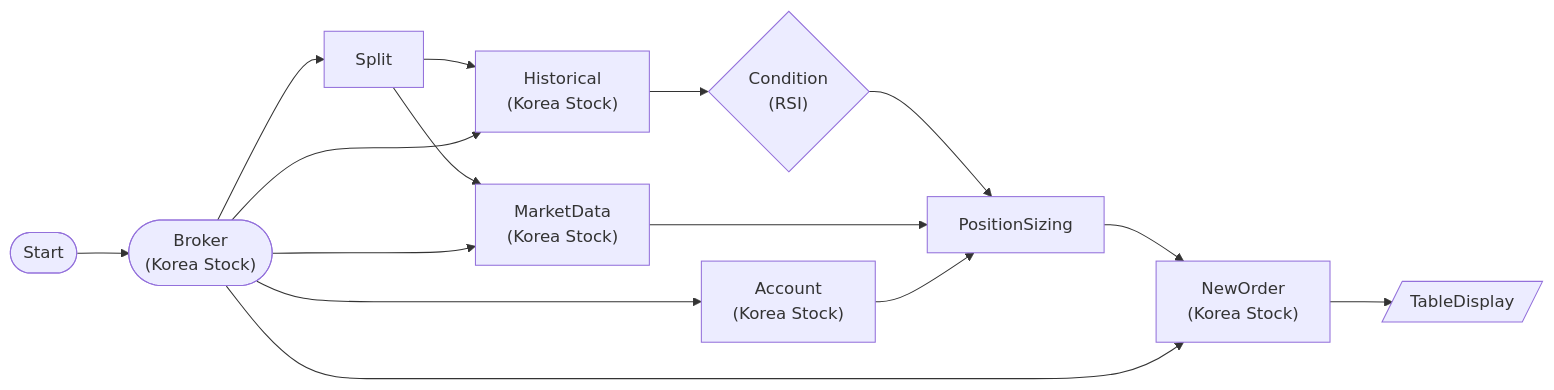
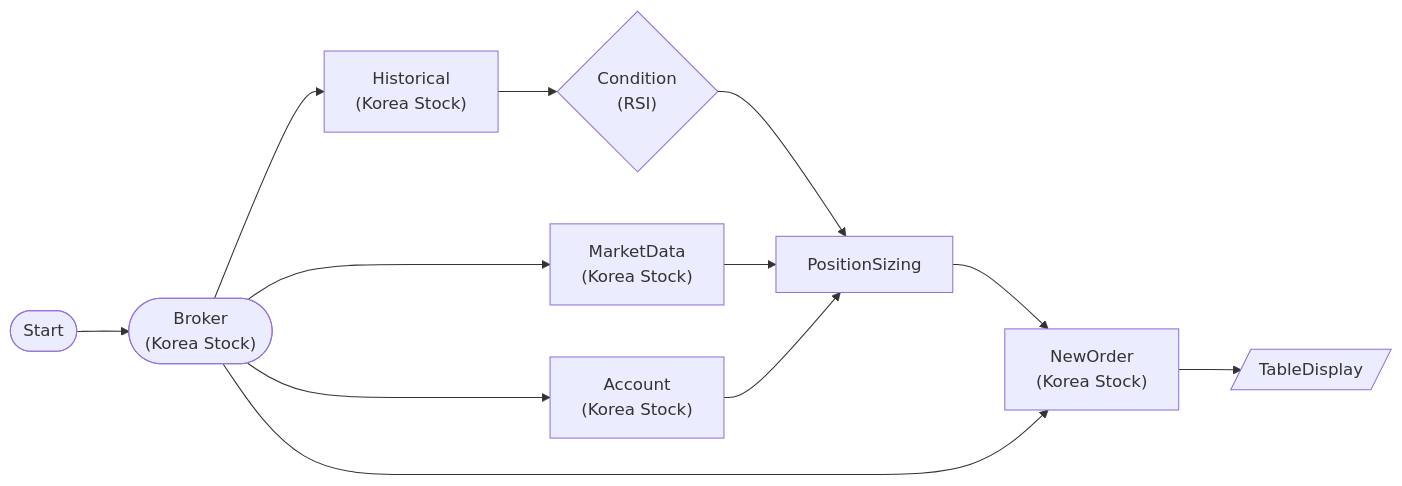
The diagram in src/programgarden/examples/workflows/94-korea-stock-order-rsi-buy.md (programgarden/programgarden), drawn with Mermaid before and after one commit. The commit also changed other lines of this file and 6 other files, not shown here.

````diff
--- a/src/programgarden/examples/workflows/94-korea-stock-order-rsi-buy.md
+++ b/src/programgarden/examples/workflows/94-korea-stock-order-rsi-buy.md
@@ -7,33 +7,29 @@
 ```mermaid
 graph LR
     start(["Start"])
     broker(["Broker
 (Korea Stock)"])
     account["Account
 (Korea Stock)"]
-    split["Split"]
     historical["Historical
 (Korea Stock)"]
     rsi_cond{"Condition
 (RSI)"}
     market["MarketData
 (Korea Stock)"]
     sizing["PositionSizing"]
     order["NewOrder
 (Korea Stock)"]
     order_table[/"TableDisplay"/]
     start --> broker
     broker --> account
-    broker --> split
-    split --> historical
     broker --> historical
     historical --> rsi_cond
-    split --> market
     broker --> market
     rsi_cond --> sizing
     market --> sizing
     account --> sizing
     sizing --> order
     broker --> order
     order --> order_table
 ```
````
